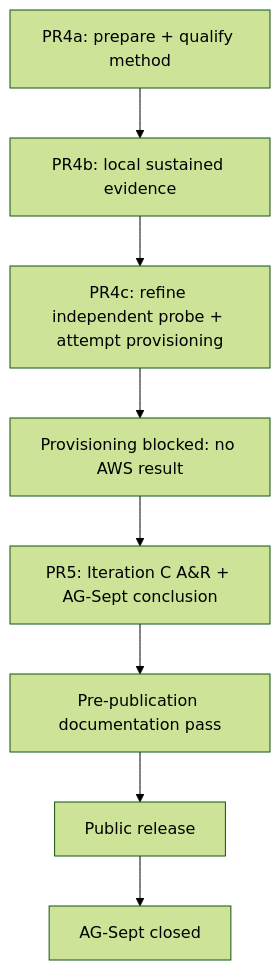
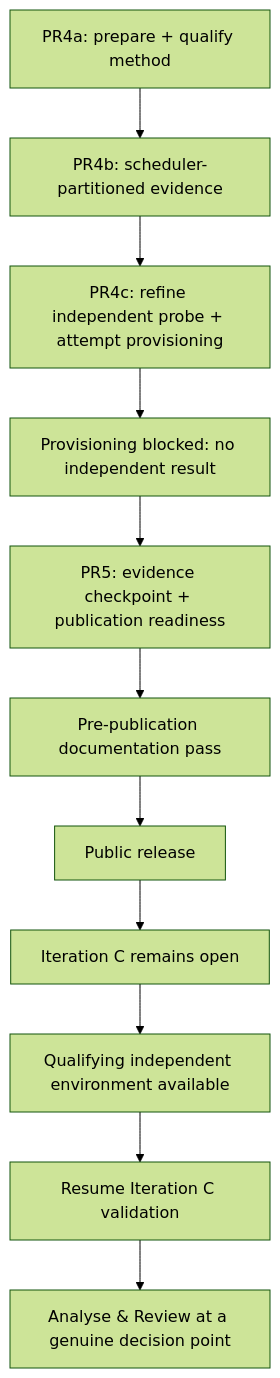
Before and after one commit to nancysworld/alloca-go: the diagram in docs/planning/ag-sept/milestone-plan.md, drawn with Mermaid (forest theme). The commit also changed other lines of this file, not shown here.

Commit message:
docs: keep Iteration C open through publication checkpoint

````diff
--- a/docs/planning/ag-sept/milestone-plan.md
+++ b/docs/planning/ag-sept/milestone-plan.md
@@ -397,10 +350,13 @@
 ```mermaid
 flowchart TD
-    A[PR4a: prepare + qualify method] --> B[PR4b: local sustained evidence]
+    A[PR4a: prepare + qualify method] --> B[PR4b: scheduler-partitioned evidence]
     B --> C[PR4c: refine independent probe + attempt provisioning]
-    C --> D[Provisioning blocked: no AWS result]
-    D --> E[PR5: Iteration C A&R + AG-Sept conclusion]
+    C --> D[Provisioning blocked: no independent result]
+    D --> E[PR5: evidence checkpoint + publication readiness]
     E --> F[Pre-publication documentation pass]
     F --> G[Public release]
-    G --> H[AG-Sept closed]
+    G --> H[Iteration C remains open]
+    H --> I[Qualifying independent environment available]
+    I --> J[Resume Iteration C validation]
+    J --> K[Analyse & Review at a genuine decision point]
 ```
````
